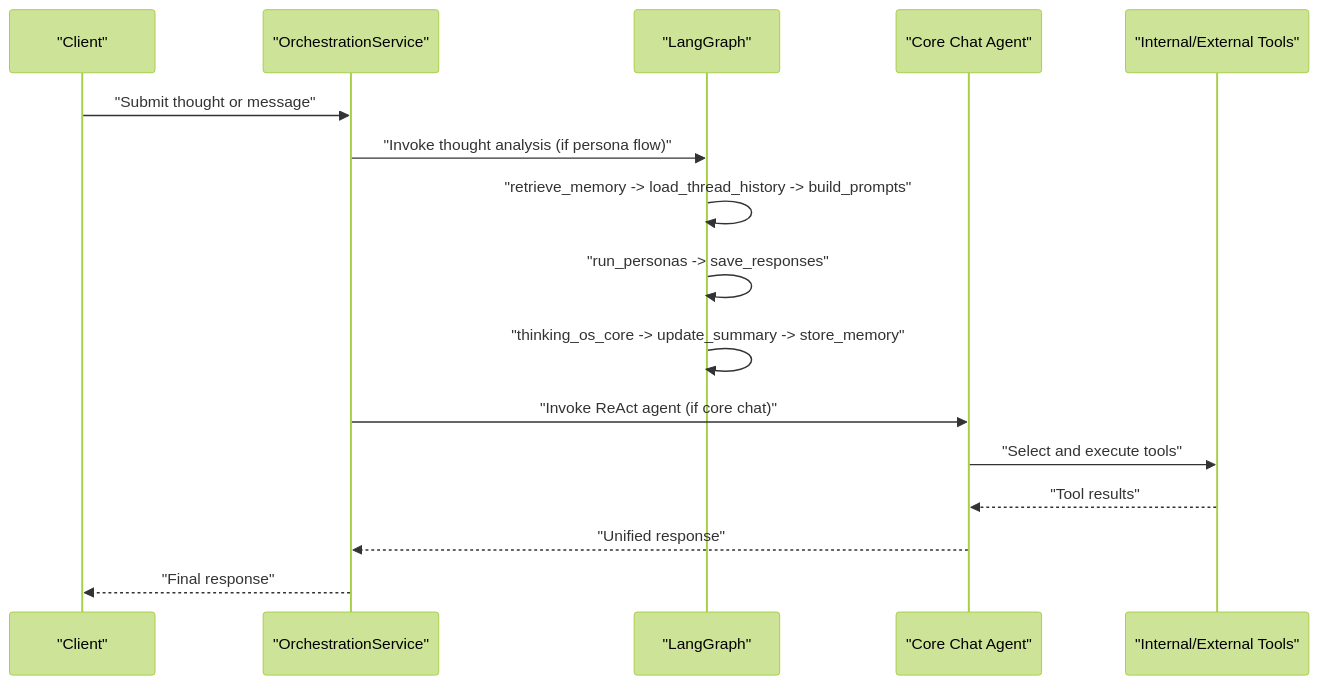
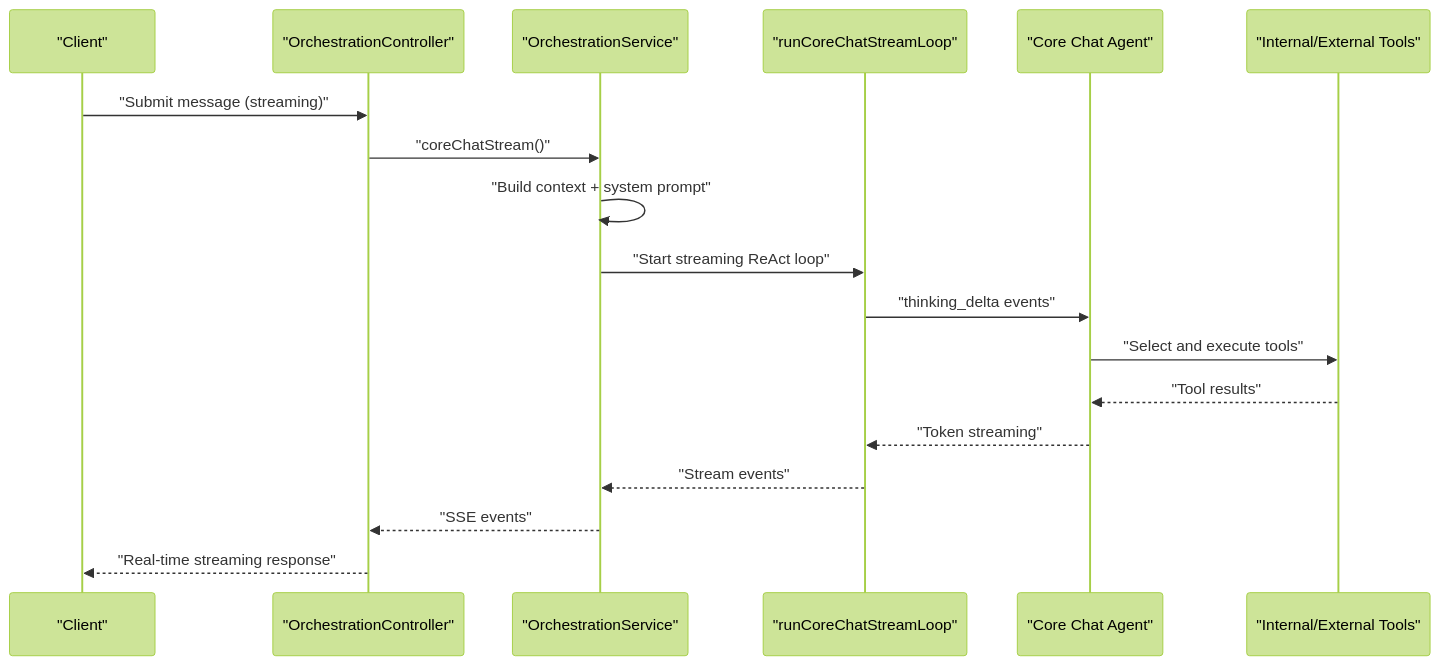
Before and after one commit to statgod6/4ever: the second of 5 diagrams in .qoder/repowiki/en/content/Core Features/Knowledge Worker/AI Agent Orchestration.md, drawn with Mermaid (forest theme). The commit also changed other lines of this file and 116 other files, not shown here.

````diff
--- a/.qoder/repowiki/en/content/Core Features/Knowledge Worker/AI Agent Orchestration.md
+++ b/.qoder/repowiki/en/content/Core Features/Knowledge Worker/AI Agent Orchestration.md
@@ -109,18 +134,20 @@
 ```mermaid
 sequenceDiagram
 participant Client as "Client"
+participant Controller as "OrchestrationController"
 participant Service as "OrchestrationService"
-participant Graph as "LangGraph"
+participant StreamLoop as "runCoreChatStreamLoop"
 participant Agent as "Core Chat Agent"
 participant Tools as "Internal/External Tools"
-Client->>Service : "Submit thought or message"
-Service->>Graph : "Invoke thought analysis (if persona flow)"
-Graph->>Graph : "retrieve_memory -> load_thread_history -> build_prompts"
-Graph->>Graph : "run_personas -> save_responses"
-Graph->>Graph : "thinking_os_core -> update_summary -> store_memory"
-Service->>Agent : "Invoke ReAct agent (if core chat)"
+Client->>Controller : "Submit message (streaming)"
+Controller->>Service : "coreChatStream()"
+Service->>Service : "Build context + system prompt"
+Service->>StreamLoop : "Start streaming ReAct loop"
+StreamLoop->>Agent : "thinking_delta events"
 Agent->>Tools : "Select and execute tools"
 Tools-->>Agent : "Tool results"
-Agent-->>Service : "Unified response"
-Service-->>Client : "Final response"
+Agent-->>StreamLoop : "Token streaming"
+StreamLoop-->>Service : "Stream events"
+Service-->>Controller : "SSE events"
+Controller-->>Client : "Real-time streaming response"
 ```
````
